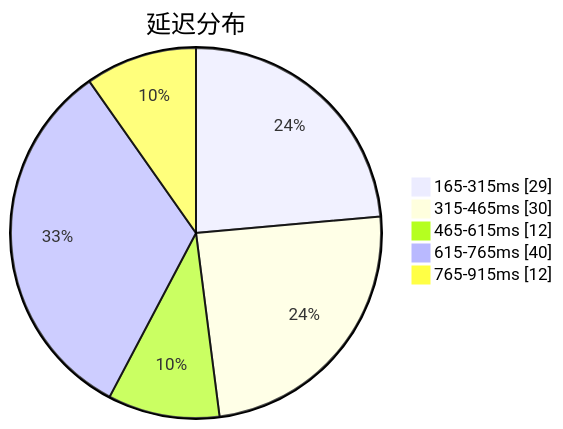
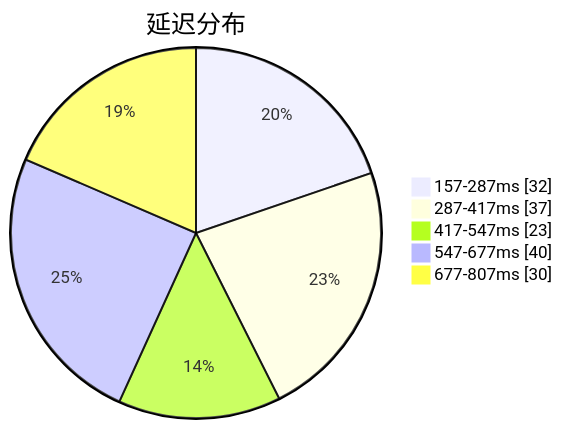
Before and after one commit to qjlxg/airport: the first of 3 diagrams in subs/statistics/tested_within.md, drawn with Mermaid. The commit also changed other lines of this file and 2 other files, not shown here.

Commit message:
Tested by metaST

````diff
--- a/subs/statistics/tested_within.md
+++ b/subs/statistics/tested_within.md
@@ -2,9 +2,9 @@
 ```mermaid
 pie showData
 title 延迟分布
-"165-315ms" : 29
-"315-465ms" : 30
-"465-615ms" : 12
-"615-765ms" : 40
-"765-915ms" : 12
+"157-287ms" : 32
+"287-417ms" : 37
+"417-547ms" : 23
+"547-677ms" : 40
+"677-807ms" : 30
 ```
````
